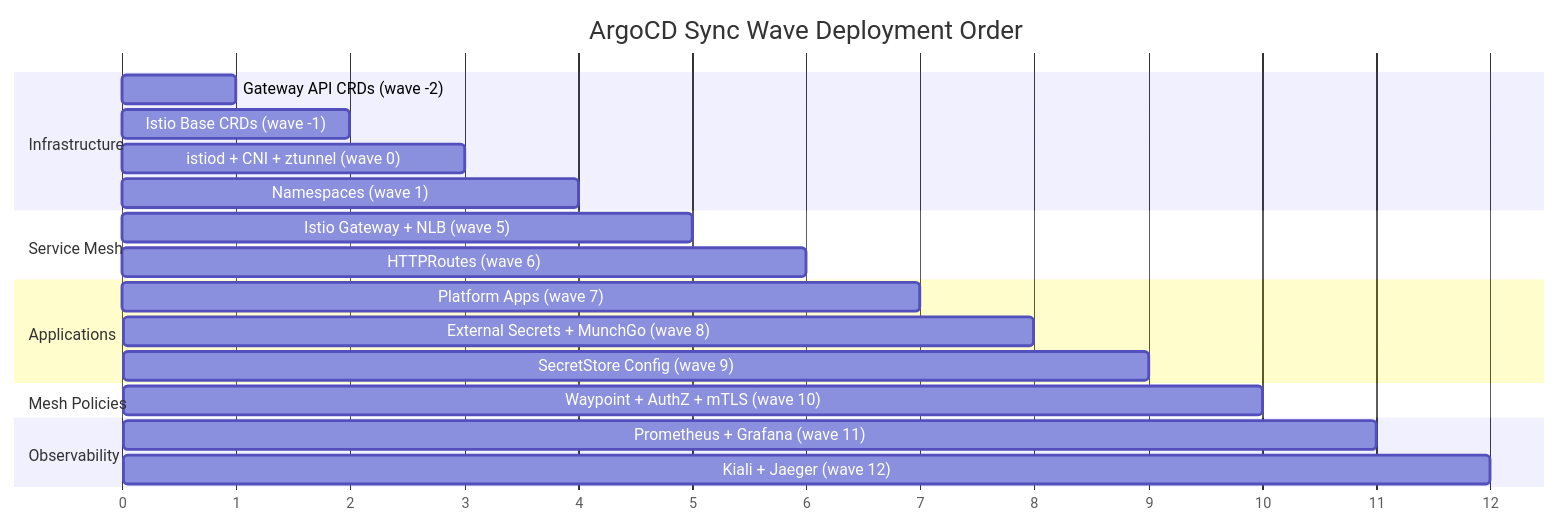
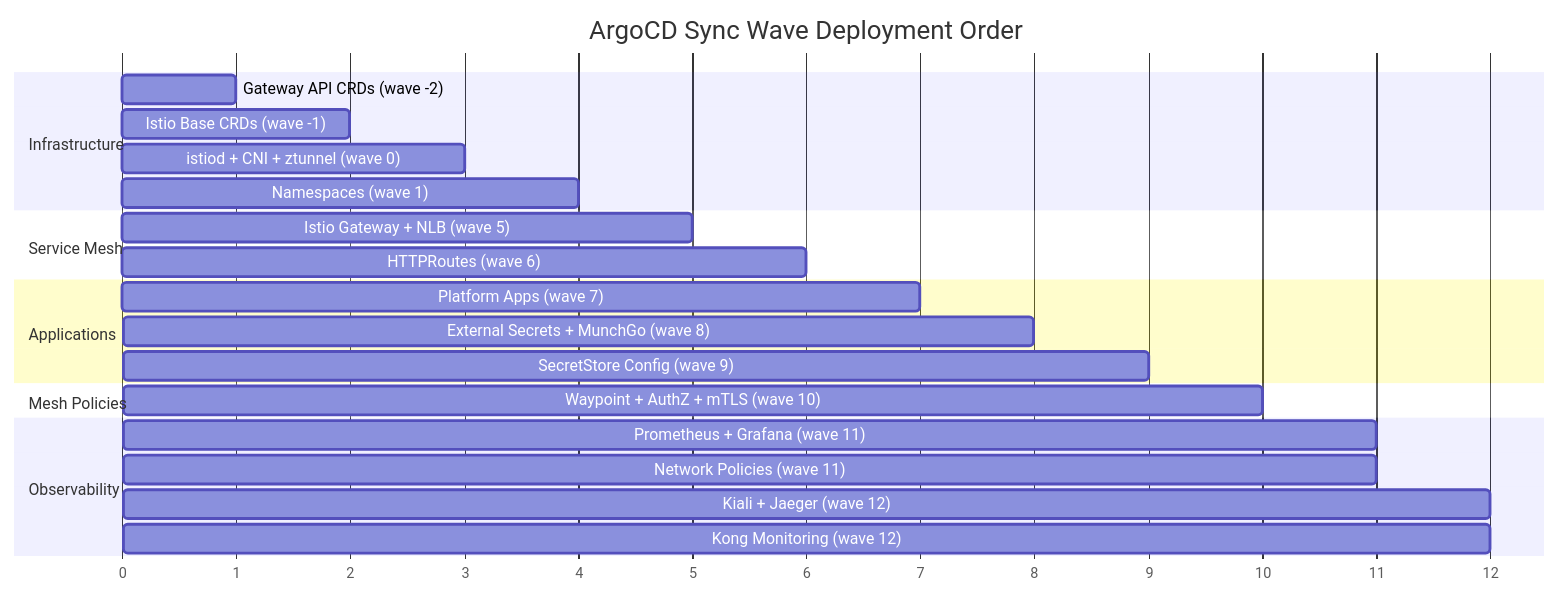
One commit to shanaka-versent/munchgo-aws-iac changed diagram 12 of 15 in README.md. Above: the diagram before and after it, drawn with Mermaid. The commit also changed other lines of this file and 7 other files, not shown here.

First line of the commit message:
Add Kong Konnect monitoring: Pushgateway exporter + Grafana dashboard

````diff
--- a/README.md
+++ b/README.md
@@ -772,28 +775,30 @@
 ```mermaid
 gantt
     title ArgoCD Sync Wave Deployment Order
     dateFormat X
     axisFormat %s
 
     section Infrastructure
     Gateway API CRDs (wave -2)          :a1, 0, 1
     Istio Base CRDs (wave -1)           :a2, 1, 2
     istiod + CNI + ztunnel (wave 0)     :a3, 2, 3
     Namespaces (wave 1)                 :a4, 3, 4
 
     section Service Mesh
     Istio Gateway + NLB (wave 5)        :b1, 4, 5
     HTTPRoutes (wave 6)                 :b2, 5, 6
 
     section Applications
     Platform Apps (wave 7)              :c1, 6, 7
     External Secrets + MunchGo (wave 8) :c2, 7, 8
     SecretStore Config (wave 9)         :c3, 8, 9
 
     section Mesh Policies
     Waypoint + AuthZ + mTLS (wave 10)   :d1, 9, 10
 
     section Observability
     Prometheus + Grafana (wave 11)      :e1, 10, 11
-    Kiali + Jaeger (wave 12)            :e2, 11, 12
+    Network Policies (wave 11)          :e2, 10, 11
+    Kiali + Jaeger (wave 12)            :e3, 11, 12
+    Kong Monitoring (wave 12)           :e4, 11, 12
 ```
````
